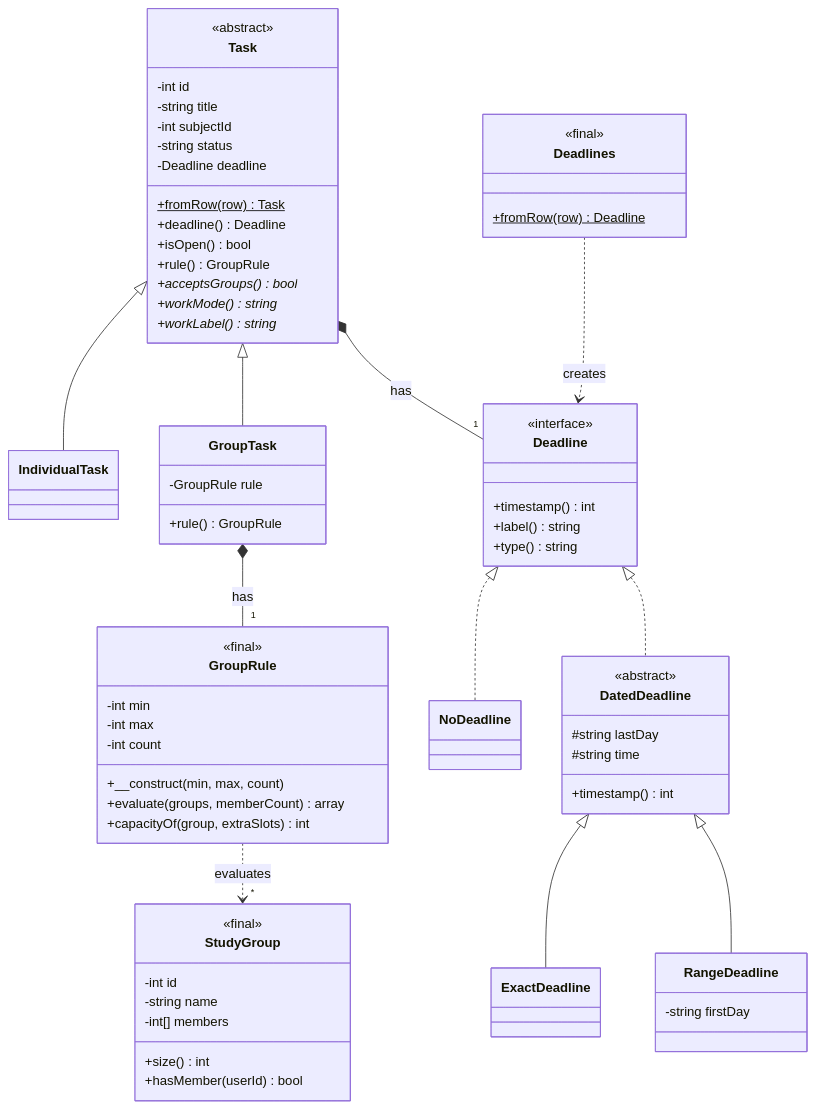
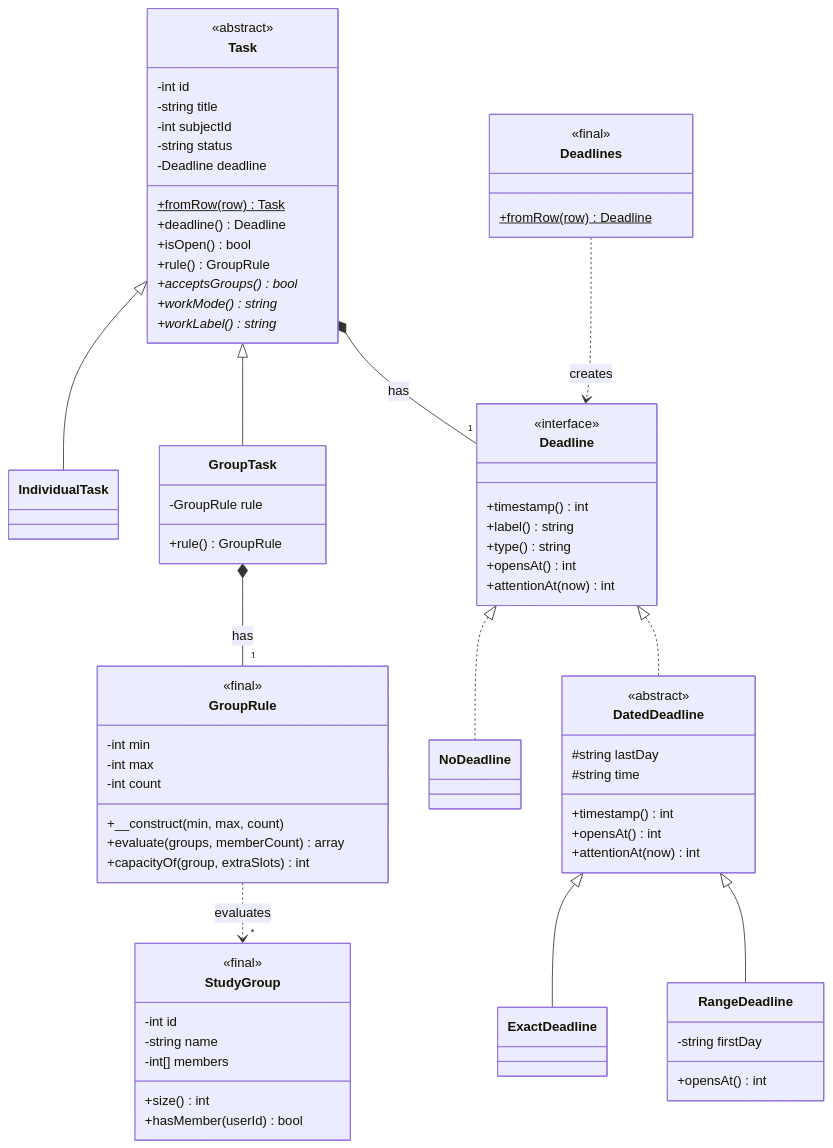
Before and after one commit to rcldvmnl/AcadSync: the third of 6 diagrams in docs/CLASS_DIAGRAM.md, drawn with Mermaid. The commit also changed other lines of this file and 8 other files, not shown here.

````diff
--- a/docs/CLASS_DIAGRAM.md
+++ b/docs/CLASS_DIAGRAM.md
@@ -196,74 +196,79 @@
 ```mermaid
 classDiagram
     direction TB
     class Task {
         <<abstract>>
         -int id
         -string title
         -int subjectId
         -string status
         -Deadline deadline
         +fromRow(row)$ Task
         +deadline() Deadline
         +isOpen() bool
         +rule() GroupRule
         +acceptsGroups()* bool
         +workMode()* string
         +workLabel()* string
     }
     class IndividualTask
     class GroupTask {
         -GroupRule rule
         +rule() GroupRule
     }
     Task <|-- IndividualTask
     Task <|-- GroupTask
 
     class Deadline {
         <<interface>>
         +timestamp() int
         +label() string
         +type() string
+        +opensAt() int
+        +attentionAt(now) int
     }
     class DatedDeadline {
         <<abstract>>
         #string lastDay
         #string time
         +timestamp() int
+        +opensAt() int
+        +attentionAt(now) int
     }
     class ExactDeadline
     class RangeDeadline {
         -string firstDay
+        +opensAt() int
     }
     class NoDeadline
     class Deadlines {
         <<final>>
         +fromRow(row)$ Deadline
     }
     Deadline <|.. DatedDeadline
     Deadline <|.. NoDeadline
     DatedDeadline <|-- ExactDeadline
     DatedDeadline <|-- RangeDeadline
     Task *-- "1" Deadline : has
     Deadlines ..> Deadline : creates
 
     class GroupRule {
         <<final>>
         -int min
         -int max
         -int count
         +__construct(min, max, count)
         +evaluate(groups, memberCount) array
         +capacityOf(group, extraSlots) int
     }
     class StudyGroup {
         <<final>>
         -int id
         -string name
         -int[] members
         +size() int
         +hasMember(userId) bool
     }
     GroupTask *-- "1" GroupRule : has
     GroupRule ..> "*" StudyGroup : evaluates
 ```
````
